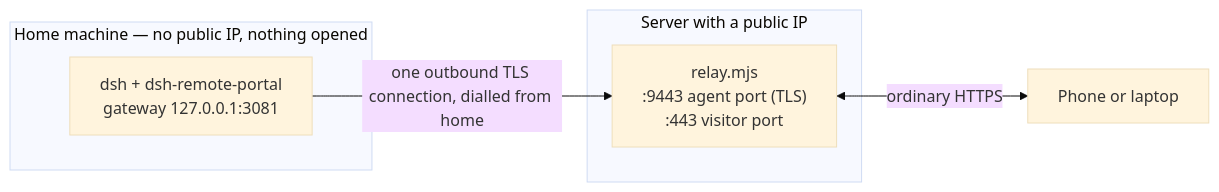
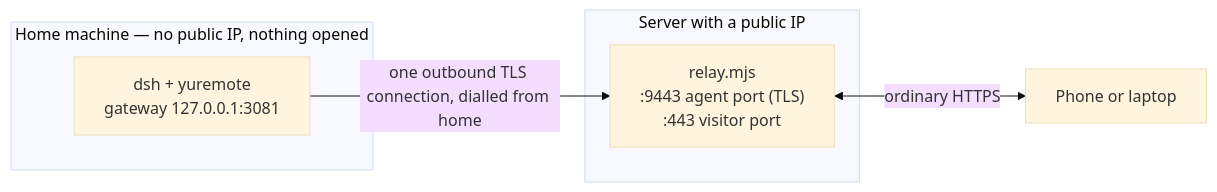
The diagram in docs/DEPLOY-SERVER.md (tsukii12/dsh-remote-portal), drawn with Mermaid (base theme) before and after one commit. The commit also changed other lines of this file and 45 other files, not shown here.

````diff
--- a/docs/DEPLOY-SERVER.md
+++ b/docs/DEPLOY-SERVER.md
@@ -9,15 +9,15 @@
 ```mermaid
 flowchart LR
   subgraph home["Home machine — no public IP, nothing opened"]
-    app["dsh + dsh-remote-portal<br/>gateway 127.0.0.1:3081"]
+    app["dsh + yuremote<br/>gateway 127.0.0.1:3081"]
   end
 
   subgraph server["Server with a public IP"]
     relay["relay.mjs<br/>:9443 agent port (TLS)<br/>:443 visitor port"]
   end
 
   browser["Phone or laptop"]
 
   app -->|"one outbound TLS connection, dialled from home"| relay
   relay <-->|"ordinary HTTPS"| browser
 ```
````
